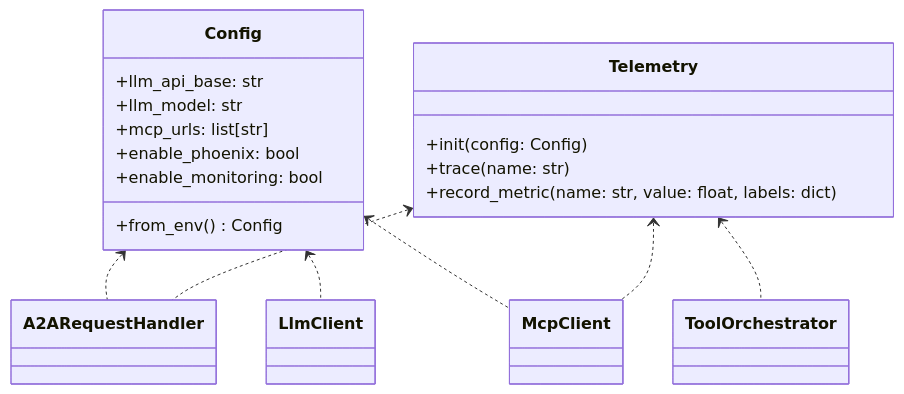
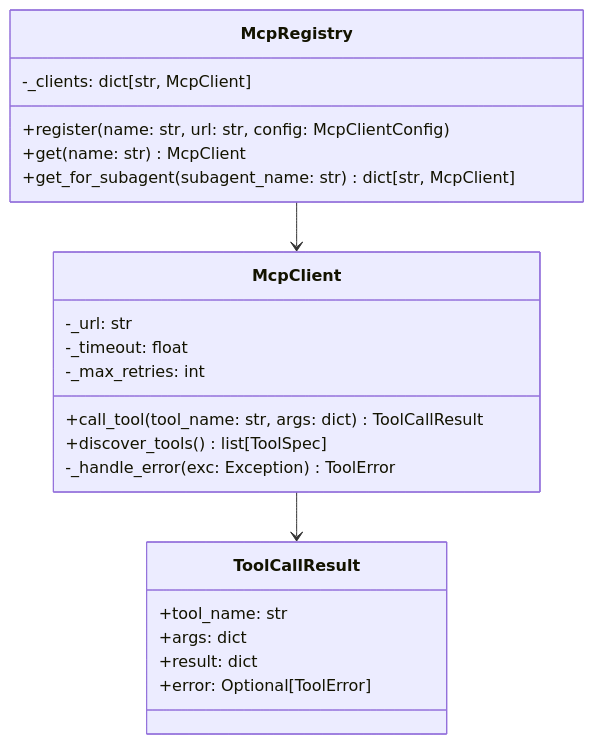
One commit to trustmycode/MOEX-Agent-MCP changed the sixth of 7 diagrams in docs/c4_level_4_code_ai_agent.md. Above: the diagram before and after it, drawn with Mermaid. The commit also changed other lines of this file and 9 other files, not shown here.

First line of the commit message:
Refactor architecture documentation to reflect multi-agent system implementation

````diff
--- a/docs/c4_level_4_code_ai_agent.md
+++ b/docs/c4_level_4_code_ai_agent.md
@@ -279,24 +311,28 @@
 ```mermaid
 classDiagram
-    class Config {
-      +from_env() Config
-      +llm_api_base: str
-      +llm_model: str
-      +mcp_urls: list[str]
-      +enable_phoenix: bool
-      +enable_monitoring: bool
+    class McpClient {
+        -_url: str
+        -_timeout: float
+        -_max_retries: int
+        +call_tool(tool_name: str, args: dict) ToolCallResult
+        +discover_tools() list[ToolSpec]
+        -_handle_error(exc: Exception) ToolError
     }
 
-    class Telemetry {
-      +init(config: Config)
-      +trace(name: str)
-      +record_metric(name: str, value: float, labels: dict)
+    class McpRegistry {
+        -_clients: dict[str, McpClient]
+        +register(name: str, url: str, config: McpClientConfig)
+        +get(name: str) McpClient
+        +get_for_subagent(subagent_name: str) dict[str, McpClient]
     }
 
-    Config <.. A2ARequestHandler
-    Config <.. LlmClient
-    Config <.. McpClient
-    Telemetry <.. A2ARequestHandler
-    Telemetry <.. McpClient
-    Telemetry <.. ToolOrchestrator
+    class ToolCallResult {
+        +tool_name: str
+        +args: dict
+        +result: dict
+        +error: Optional[ToolError]
+    }
+
+    McpRegistry --> McpClient
+    McpClient --> ToolCallResult
 ```
````
